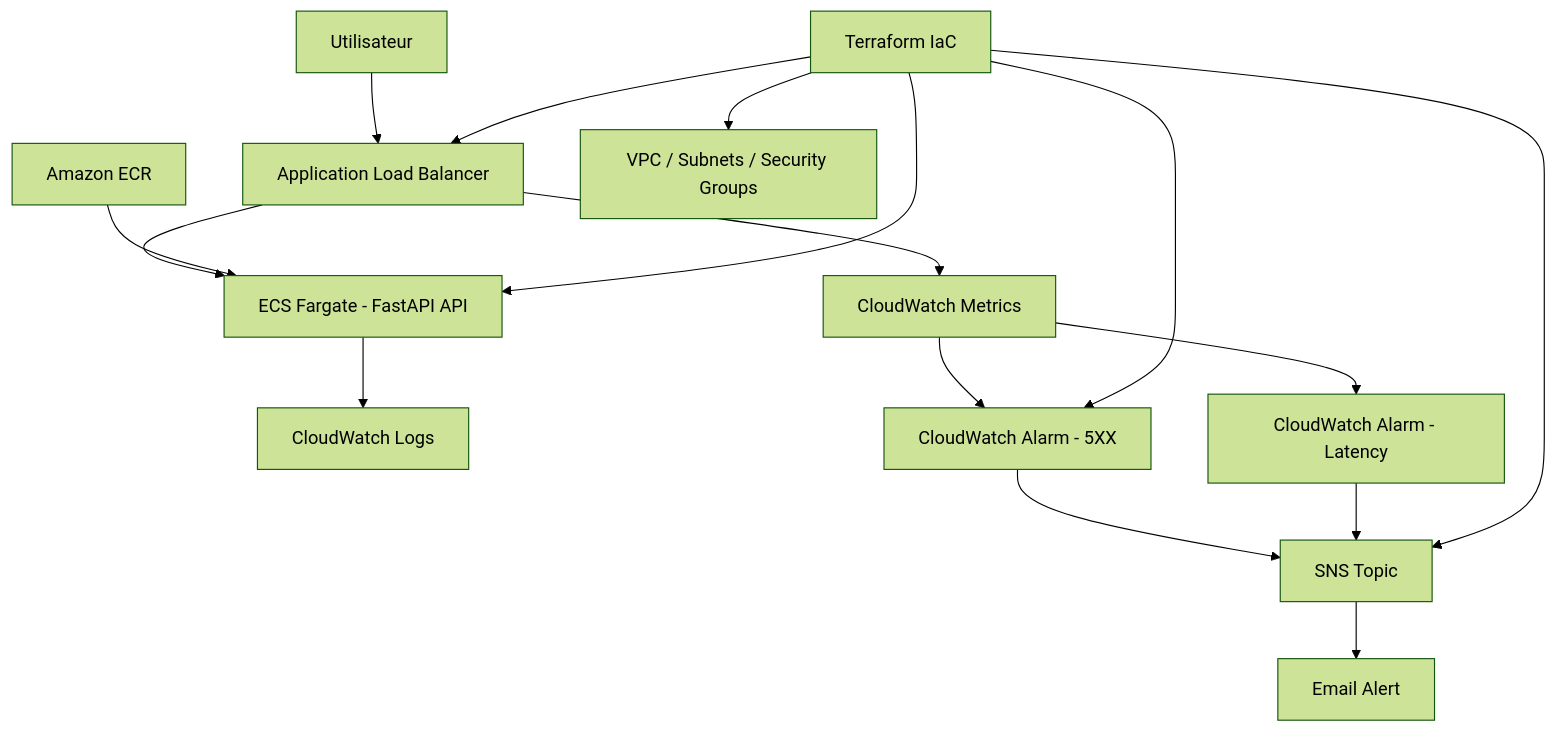
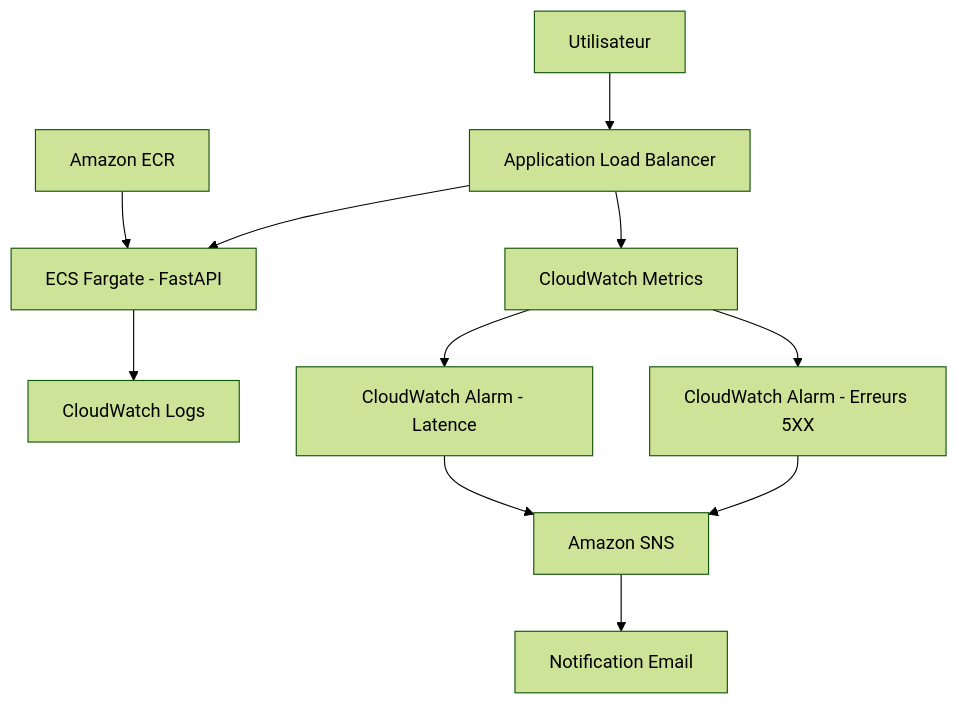
The diagram in README.md (labosnie/Cloud-Incident-Projet), drawn with Mermaid (forest theme) before and after one commit. The commit also changed other lines of this file, not shown here.

````diff
--- a/README.md
+++ b/README.md
@@ -80,23 +23,23 @@
 ```mermaid
 flowchart TD
-    User[Utilisateur] --> ALB[Application Load Balancer]
-    ALB --> ECS[ECS Fargate - FastAPI API]
 
-    ECS --> CWLogs[CloudWatch Logs]
-    ALB --> CWMetrics[CloudWatch Metrics]
+User[Utilisateur] --> ALB[Application Load Balancer]
 
-    CWMetrics --> Alarm5XX[CloudWatch Alarm - 5XX]
-    CWMetrics --> AlarmLatency[CloudWatch Alarm - Latency]
+ALB --> ECS[ECS Fargate - FastAPI]
 
-    Alarm5XX --> SNS[SNS Topic]
-    AlarmLatency --> SNS
+ECR[Amazon ECR] --> ECS
 
-    SNS --> Email[Email Alert]
+ECS --> CWLogs[CloudWatch Logs]
 
-    ECR[Amazon ECR] --> ECS
-    Terraform[Terraform IaC] --> VPC[VPC / Subnets / Security Groups]
-    Terraform --> ECS
-    Terraform --> ALB
-    Terraform --> Alarm5XX
-    Terraform --> SNS
+ALB --> Metrics[CloudWatch Metrics]
+
+Metrics --> Alarm5XX[CloudWatch Alarm - Erreurs 5XX]
+
+Metrics --> AlarmLatency[CloudWatch Alarm - Latence]
+
+Alarm5XX --> SNS[Amazon SNS]
+
+AlarmLatency --> SNS
+
+SNS --> Email[Notification Email]
 ```
````
